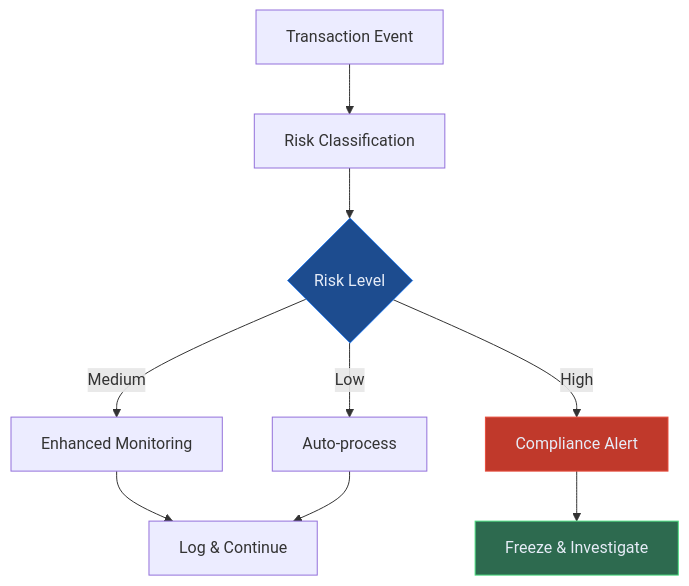
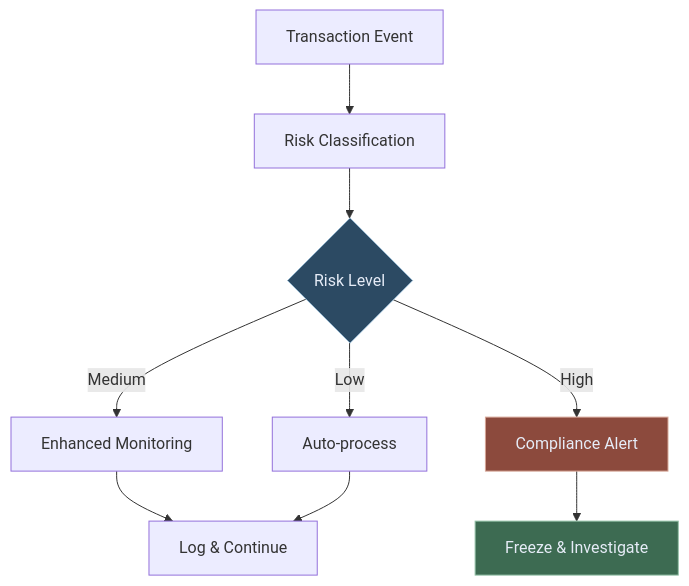
The fourth of 10 diagrams in blog/ai-workflows-for-regulated-enterprises.md (lorvexai/lorvexai), drawn with Mermaid before and after one commit. The commit also changed other lines of this file and 16 other files, not shown here.

First line of the commit message:
Retune hardcoded Mermaid node colors to match the site palette

````diff
--- a/blog/ai-workflows-for-regulated-enterprises.md
+++ b/blog/ai-workflows-for-regulated-enterprises.md
@@ -102,15 +102,15 @@
 ```mermaid
 flowchart TD
     A[Transaction Event] --> B[Risk Classification]
     B --> C{Risk Level}
     C -->|Low| D[Auto-process]
     C -->|Medium| E[Enhanced Monitoring]
     C -->|High| F[Compliance Alert]
     F --> G[Freeze & Investigate]
     E --> H[Log & Continue]
     D --> H
 
-    style C fill:#1D4C8F,stroke:#2F80ED,color:#E6ECF7
-    style F fill:#C0392B,stroke:#e74c3c,color:#E6ECF7
-    style G fill:#2D6A4F,stroke:#4ade80,color:#E6ECF7
+    style C fill:#2C4A63,stroke:#8FB2CC,color:#E6ECF7
+    style F fill:#8C4A3D,stroke:#D6A697,color:#E6ECF7
+    style G fill:#3D6B52,stroke:#95C2A8,color:#E6ECF7
 ```
````
